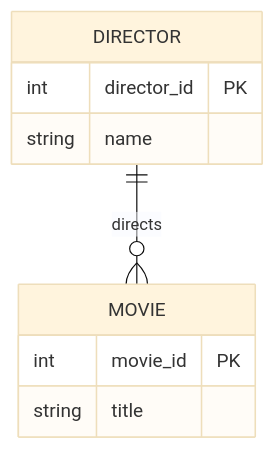
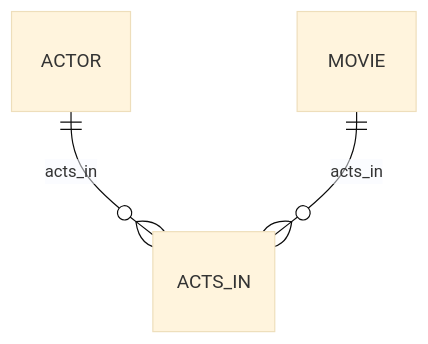
One commit to DagimAlemayehuu/Ater changed the diagram in Obsidian_Vault/2-Academic/Autumn 2025/Database_Systems/3_Relational_Model_And_Database_Design/Cardinality.md. Above: the diagram before and after it, drawn with Mermaid (base theme). The commit also changed other lines of this file and 41 other files, not shown here.

````diff
--- a/Obsidian_Vault/2-Academic/Autumn 2025/Database_Systems/3_Relational_Model_And_Database_Design/Cardinality.md
+++ b/Obsidian_Vault/2-Academic/Autumn 2025/Database_Systems/3_Relational_Model_And_Database_Design/Cardinality.md
@@ -38,12 +40,5 @@
 ```mermaid
 erDiagram
-    DIRECTOR ||--o{ MOVIE : directs
-    DIRECTOR {
-        int director_id PK
-        string name
-    }
-    MOVIE {
-        int movie_id PK
-        string title
-    }
+    ACTOR ||--o{ ACTS_IN : acts_in
+    MOVIE ||--o{ ACTS_IN : acts_in
 ```
````
